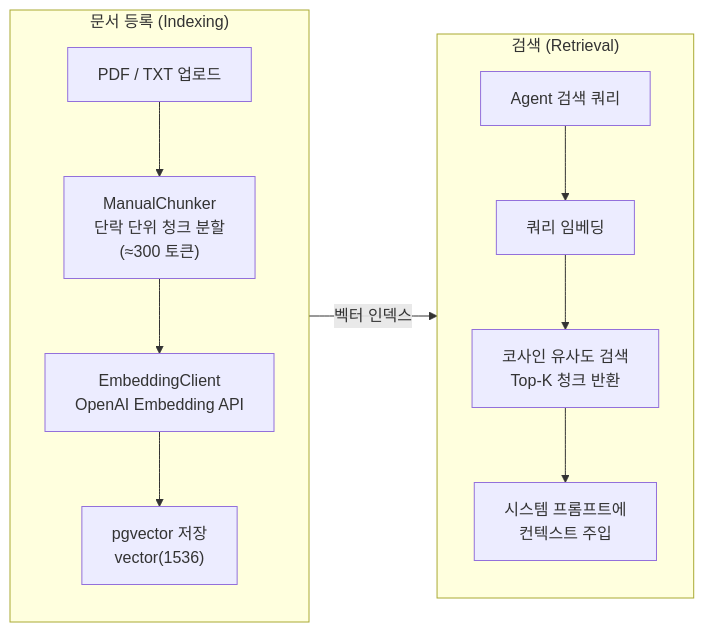
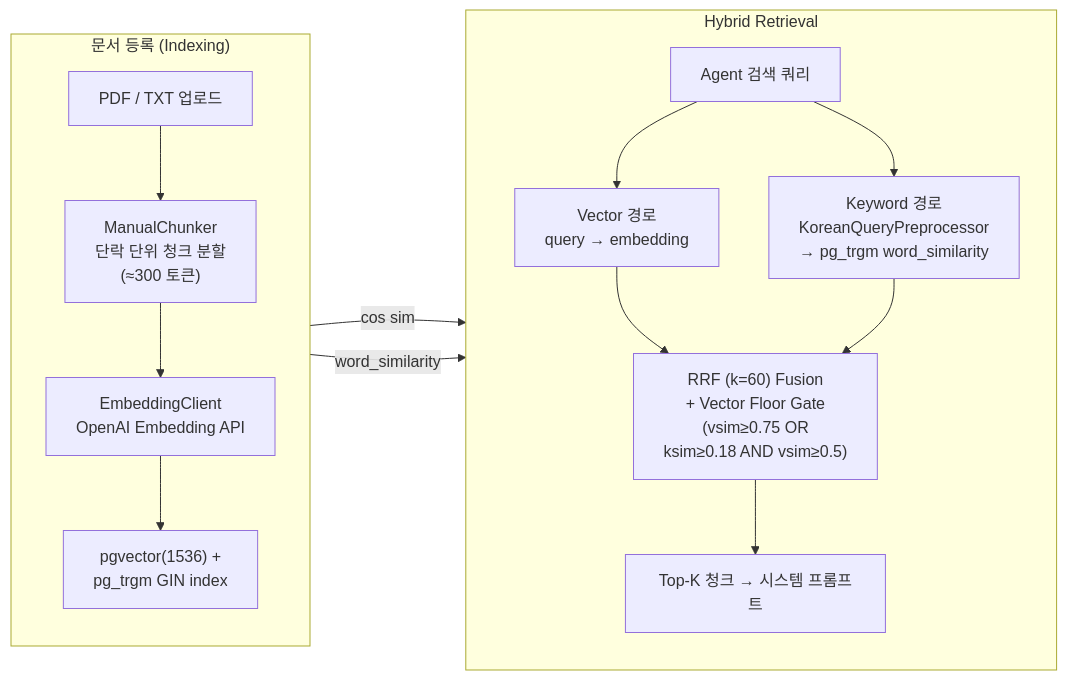
The third of 4 diagrams in README.md (hanbonghun/ai-cs-assistant), drawn with Mermaid before and after one commit. The commit also changed other lines of this file and 6 other files, not shown here.

````diff
--- a/README.md
+++ b/README.md
@@ -149,22 +181,27 @@
 ```mermaid
 flowchart LR
     subgraph Indexing["문서 등록 (Indexing)"]
         direction TB
         Upload["PDF / TXT 업로드"]
         Chunk["ManualChunker\n단락 단위 청크 분할\n(≈300 토큰)"]
         Embed["EmbeddingClient\nOpenAI Embedding API"]
-        Store["pgvector 저장\nvector(1536)"]
+        Store["pgvector(1536) +\npg_trgm GIN index"]
         Upload --> Chunk --> Embed --> Store
     end
 
-    subgraph Retrieval["검색 (Retrieval)"]
+    subgraph Retrieval["Hybrid Retrieval"]
         direction TB
         Query["Agent 검색 쿼리"]
-        QEmbed["쿼리 임베딩"]
-        Search["코사인 유사도 검색\nTop-K 청크 반환"]
-        Inject["시스템 프롬프트에\n컨텍스트 주입"]
-        Query --> QEmbed --> Search --> Inject
+        VPath["Vector 경로\nquery → embedding"]
+        KPath["Keyword 경로\nKoreanQueryPreprocessor\n→ pg_trgm word_similarity"]
+        Fuse["RRF (k=60) Fusion\n+ Vector Floor Gate\n(vsim≥0.75 OR<br/>ksim≥0.18 AND vsim≥0.5)"]
+        Inject["Top-K 청크 → 시스템 프롬프트"]
+        Query --> VPath & KPath
+        VPath --> Fuse
+        KPath --> Fuse
+        Fuse --> Inject
     end
 
-    Store -->|벡터 인덱스| Search
+    Store -->|cos sim| VPath
+    Store -->|word_similarity| KPath
 ```
````
